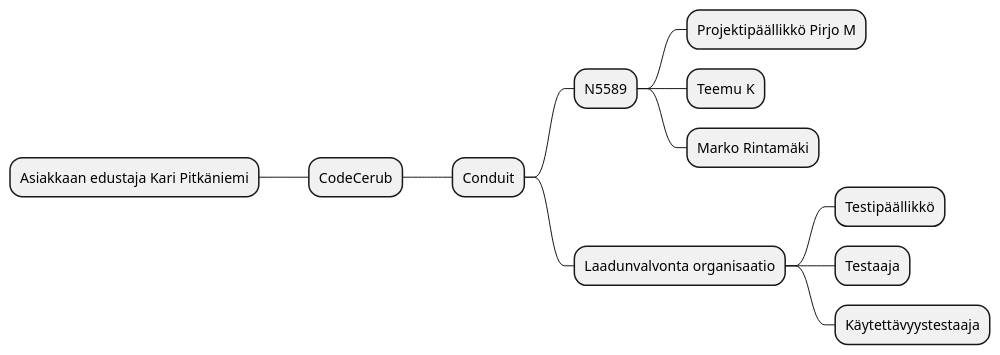
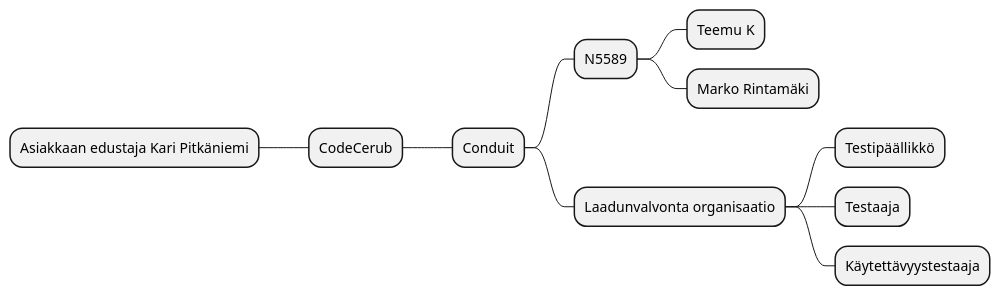
The first of 2 diagrams in dokumentit/10-Projektihallinta/tiivistetty-projektisuunnitelma.md (Pipe80/Projekti-ja-k-yt-neteet-kurssi), drawn with PlantUML before and after one commit. The commit also changed other lines of this file, not shown here.

````diff
--- a/dokumentit/10-Projektihallinta/tiivistetty-projektisuunnitelma.md
+++ b/dokumentit/10-Projektihallinta/tiivistetty-projektisuunnitelma.md
@@ -61,15 +61,14 @@
 ```plantuml
 @startmindmap
 + Conduit
 ++ N5589
-+++ Projektipäällikkö Pirjo M
 +++ Teemu K
 +++  Marko Rintamäki
 -- CodeCerub
 --- Asiakkaan edustaja Kari Pitkäniemi
 ++ Laadunvalvonta organisaatio
 +++ Testipäällikkö
 +++ Testaaja
 +++ Käytettävyystestaaja
 @endmindmap
 ```
````
